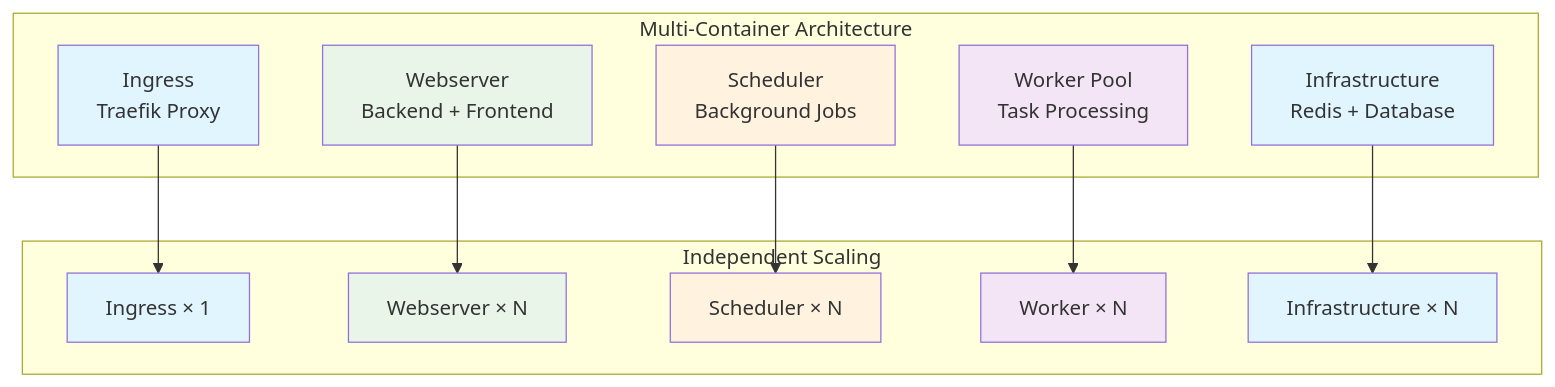
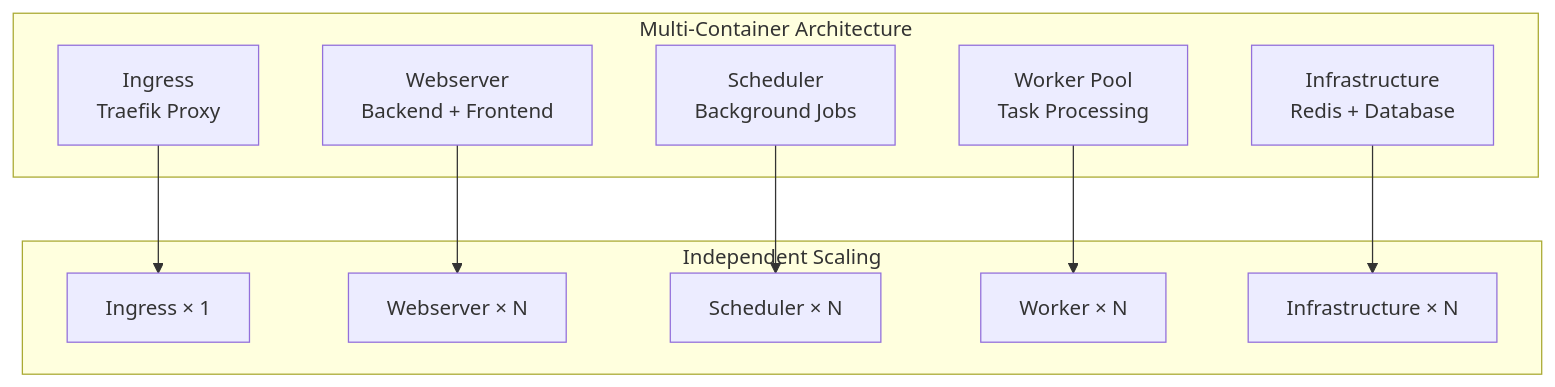
One commit to bhardwajRahul/aegis-stack changed the second of 2 diagrams in docs/components/index.md. Above: the diagram before and after it, drawn with Mermaid. The commit also changed other lines of this file and 26 other files, not shown here.

````diff
--- a/docs/components/index.md
+++ b/docs/components/index.md
@@ -62,35 +54,24 @@
 ```mermaid
 graph TB
     subgraph "Multi-Container Architecture"
-        A0[Ingress<br/>Traefik Proxy]
-        A1[Webserver<br/>Backend + Frontend]
-        A2[Scheduler<br/>Background Jobs]
-        A3[Worker Pool<br/>Task Processing]
-        A4[Infrastructure<br/>Redis + Database]
+        A0["Ingress<br/>Traefik Proxy"]
+        A1["Webserver<br/>Backend + Frontend"]
+        A2["Scheduler<br/>Background Jobs"]
+        A3["Worker Pool<br/>Task Processing"]
+        A4["Infrastructure<br/>Redis + Database"]
     end
 
     subgraph "Independent Scaling"
         B0[Ingress × 1]
         B1[Webserver × N]
         B2[Scheduler × N]
         B3[Worker × N]
         B4[Infrastructure × N]
     end
 
     A0 --> B0
     A1 --> B1
     A2 --> B2
     A3 --> B3
     A4 --> B4
-
-    style A0 fill:#e1f5fe
-    style A1 fill:#e8f5e8
-    style A2 fill:#fff3e0
-    style A3 fill:#f3e5f5
-    style A4 fill:#e1f5fe
-    style B0 fill:#e1f5fe
-    style B1 fill:#e8f5e8
-    style B2 fill:#fff3e0
-    style B3 fill:#f3e5f5
-    style B4 fill:#e1f5fe
 ```
````
